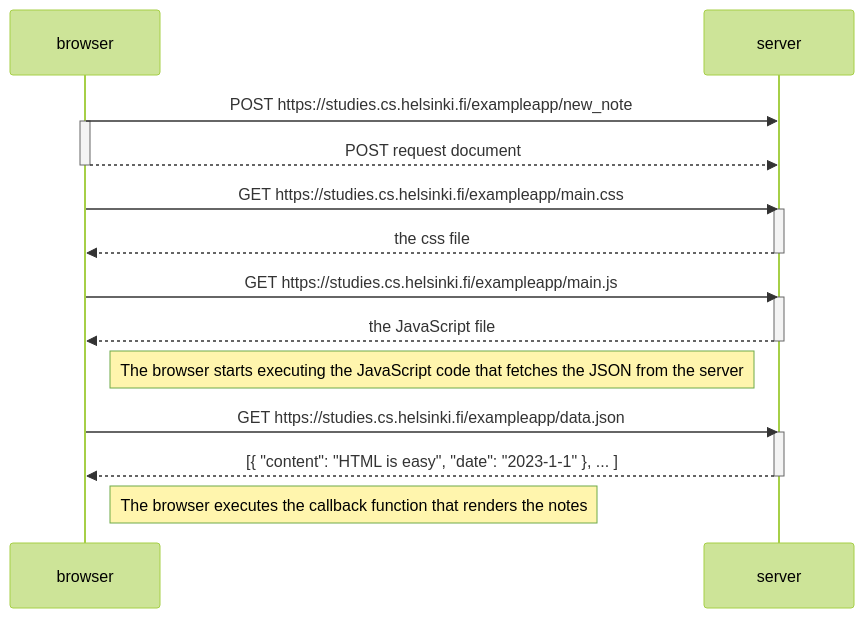
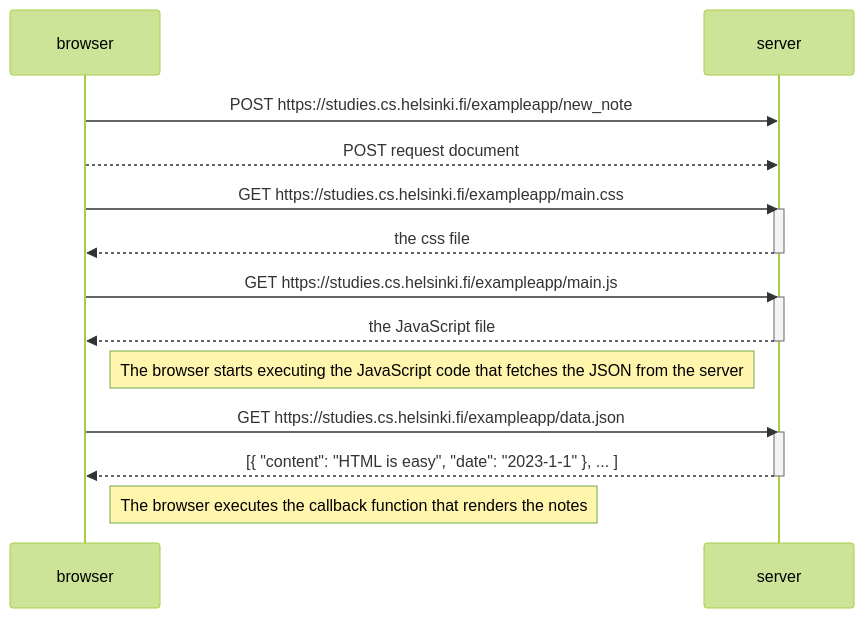
Before and after one commit to Rizz071/Fullstackopen: the diagram in part0/0.4 New note diagram.md, drawn with Mermaid (forest theme).

Commit message:
Update 0.4 New note diagram.md

````diff
--- a/part0/0.4 New note diagram.md
+++ b/part0/0.4 New note diagram.md
@@ -1,29 +1,27 @@
 ```mermaid
 sequenceDiagram
     participant browser
     participant server
 
     browser->>server: POST https://studies.cs.helsinki.fi/exampleapp/new_note
-    activate browser
     browser-->>server: POST request document
-    deactivate browser
 
     browser->>server: GET https://studies.cs.helsinki.fi/exampleapp/main.css
     activate server
     server-->>browser: the css file
     deactivate server
 
     browser->>server: GET https://studies.cs.helsinki.fi/exampleapp/main.js
     activate server
     server-->>browser: the JavaScript file
     deactivate server
 
     Note right of browser: The browser starts executing the JavaScript code that fetches the JSON from the server
 
     browser->>server: GET https://studies.cs.helsinki.fi/exampleapp/data.json
     activate server
     server-->>browser: [{ "content": "HTML is easy", "date": "2023-1-1" }, ... ]
     deactivate server
 
     Note right of browser: The browser executes the callback function that renders the notes
 ```
````
